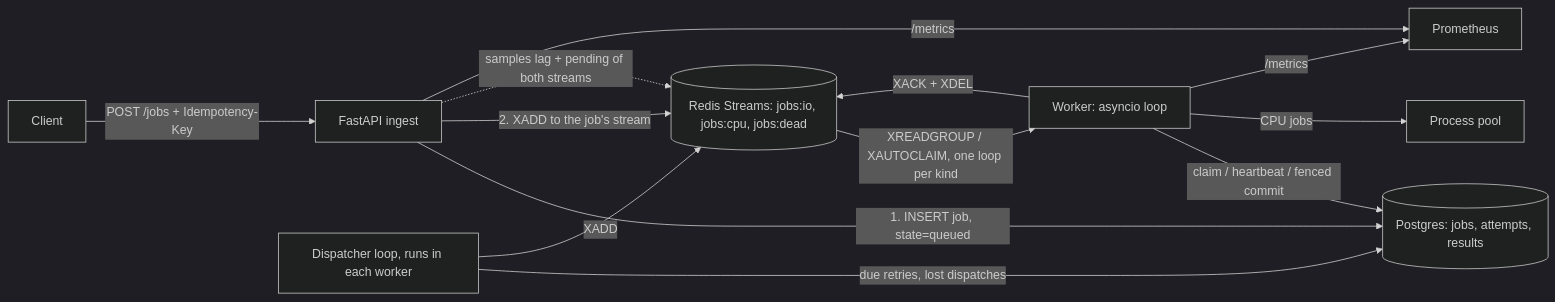
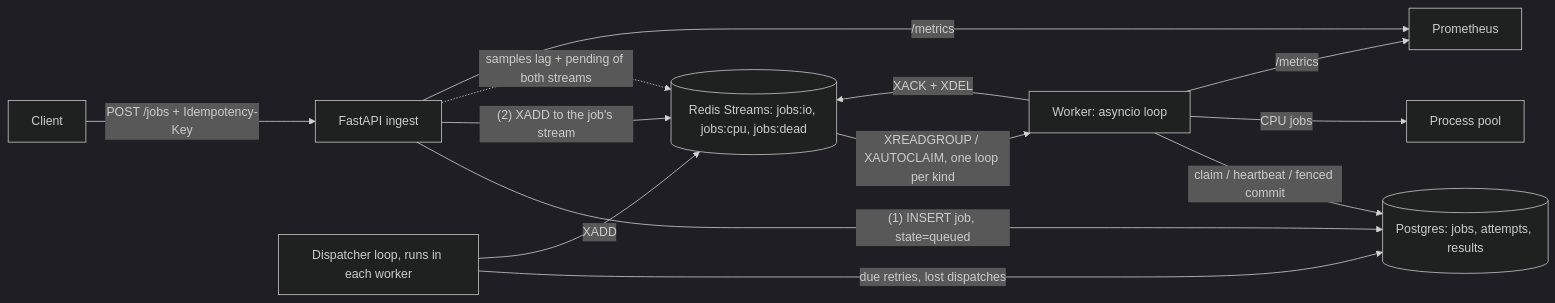
One commit to cardohso/queue-service changed the diagram in docs/DESIGN.md. Above: the diagram before and after it, drawn with Mermaid (dark theme). The commit also changed 1 other file, not shown here.

Commit message:
Fix Mermaid edge labels (numbered-list and parenthesis parsing); diagrams verified to render

````diff
--- a/docs/DESIGN.md
+++ b/docs/DESIGN.md
@@ -59,15 +59,15 @@
 ```mermaid
 flowchart LR
   C[Client] -->|POST /jobs + Idempotency-Key| API[FastAPI ingest]
-  API -->|1. INSERT job, state=queued| PG[(Postgres: jobs, attempts, results)]
-  API -->|2. XADD to the job's stream| RS[(Redis Streams: jobs:io, jobs:cpu, jobs:dead)]
+  API -->|"(1) INSERT job, state=queued"| PG[(Postgres: jobs, attempts, results)]
+  API -->|"(2) XADD to the job's stream"| RS[(Redis Streams: jobs:io, jobs:cpu, jobs:dead)]
   API -. samples lag + pending of both streams .-> RS
   RS -->|XREADGROUP / XAUTOCLAIM, one loop per kind| W[Worker: asyncio loop]
   W -->|claim / heartbeat / fenced commit| PG
   W -->|CPU jobs| PP[Process pool]
   W -->|XACK + XDEL| RS
   D[Dispatcher loop, runs in each worker] -->|due retries, lost dispatches| PG
   D -->|XADD| RS
   W -->|/metrics| P[Prometheus]
   API -->|/metrics| P
 ```
````
